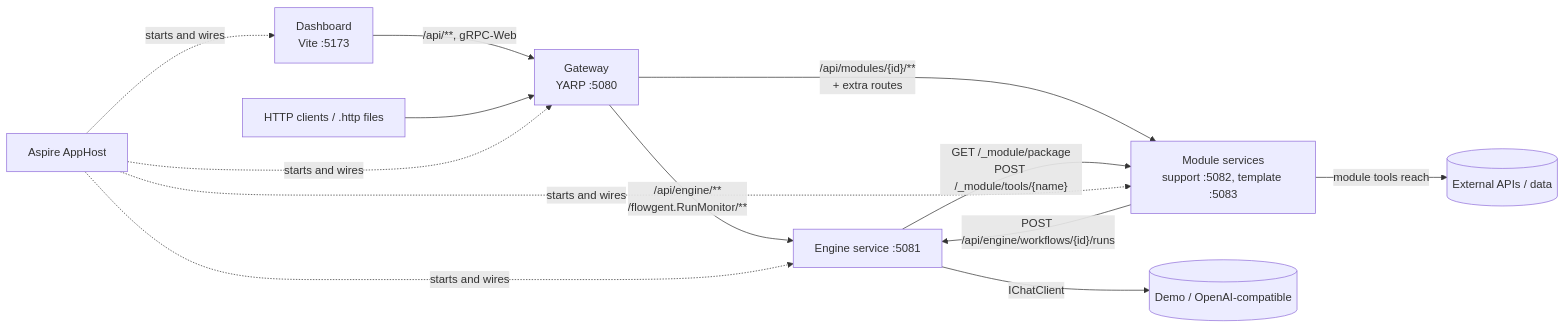
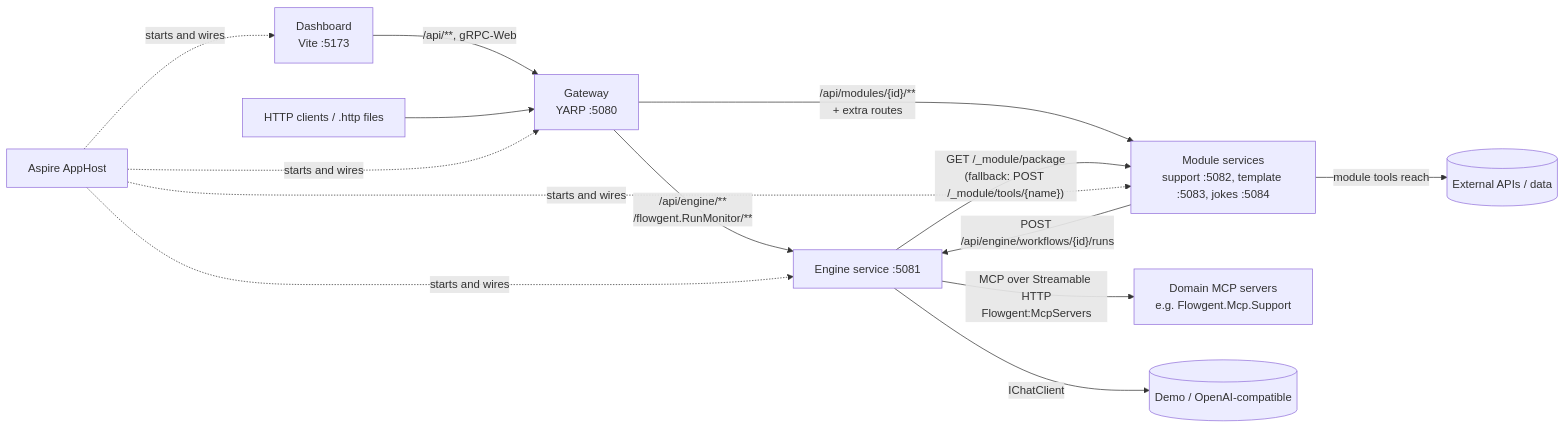
The first of 2 diagrams in docs/architecture.md (GabrieleTronchin/Flowgent), drawn with Mermaid before and after one commit. The commit also changed other lines of this file and 14 other files, not shown here.

````diff
--- a/docs/architecture.md
+++ b/docs/architecture.md
@@ -9,12 +9,13 @@
 ```mermaid
 graph LR
     Browser[Dashboard<br/>Vite :5173] -->|/api/**, gRPC-Web| GW[Gateway<br/>YARP :5080]
     Client[HTTP clients / .http files] --> GW
     GW -->|"/api/engine/**<br/>/flowgent.RunMonitor/**"| ENG[Engine service :5081]
-    GW -->|"/api/modules/{id}/**<br/>+ extra routes"| MOD[Module services<br/>support :5082, template :5083]
-    ENG -->|"GET /_module/package<br/>POST /_module/tools/{name}"| MOD
+    GW -->|"/api/modules/{id}/**<br/>+ extra routes"| MOD[Module services<br/>support :5082, template :5083, jokes :5084]
+    ENG -->|"GET /_module/package<br/>(fallback: POST /_module/tools/{name})"| MOD
+    ENG -->|"MCP over Streamable HTTP<br/>Flowgent:McpServers"| MCP[Domain MCP servers<br/>e.g. Flowgent.Mcp.Support]
     MOD -->|"POST /api/engine/workflows/{id}/runs"| ENG
     ENG -->|IChatClient| LLM[(Demo / OpenAI-compatible)]
     MOD -->|module tools reach| EXT[(External APIs / data)]
     HOST[Aspire AppHost] -. starts and wires .-> GW & ENG & MOD & Browser
 ```
````
